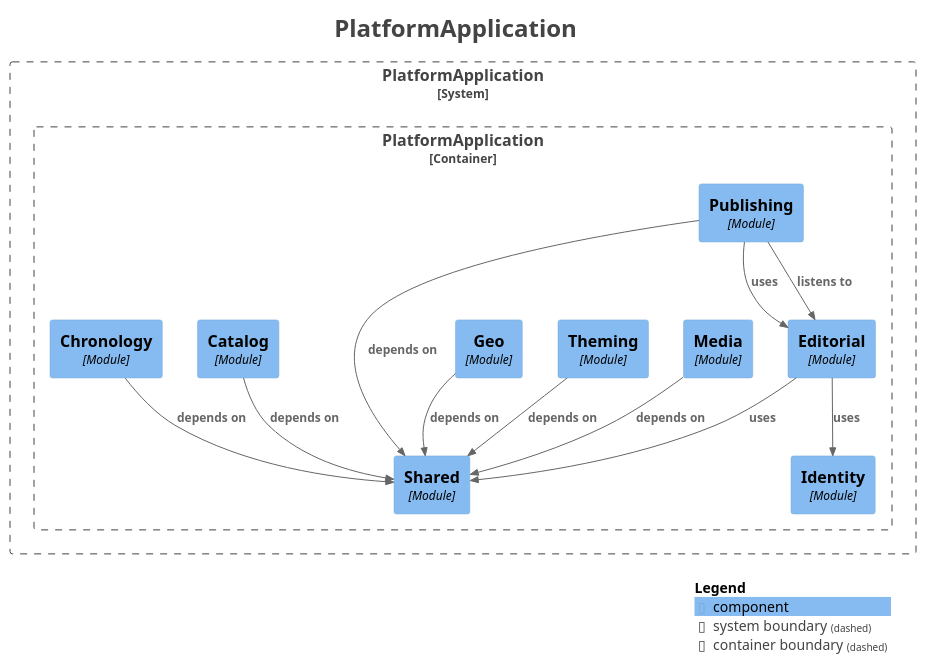
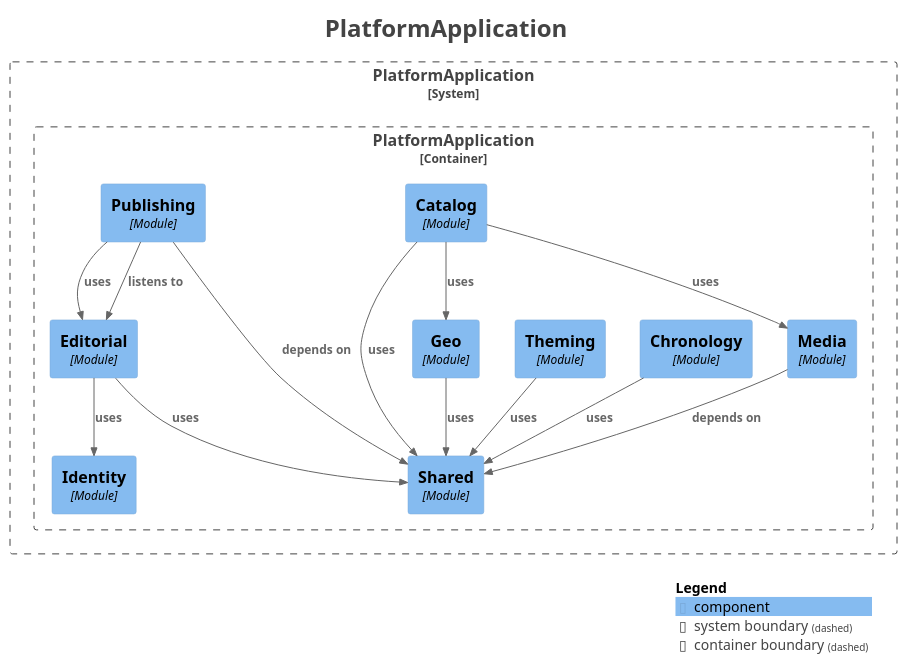
One commit to Asiman77/HistoryAsAGame changed the diagram in docs/modules/components.puml. Above: the diagram before and after it, drawn with PlantUML. The commit also changed 16 other files, not shown here.

```diff
--- a/docs/modules/components.puml
+++ b/docs/modules/components.puml
@@ -1,46 +1,48 @@
 @startuml
 title <size:24>PlatformApplication</size>
 
 set separator none
 top to bottom direction
 
 <style>
   root {
     BackgroundColor: #ffffff
     FontColor: #444444
   }
 </style>
 
 !include <C4/C4>
 !include <C4/C4_Context>
 !include <C4/C4_Component>
 
 System_Boundary("PlatformApplication_boundary", "PlatformApplication", $tags="") {
   Container_Boundary("PlatformApplication.PlatformApplication_boundary", "PlatformApplication", $tags="") {
-    Component(PlatformApplication.PlatformApplication.Media, "Media", $techn="Module", $descr="", $tags="", $link="")
     Component(PlatformApplication.PlatformApplication.Theming, "Theming", $techn="Module", $descr="", $tags="", $link="")
+    Component(PlatformApplication.PlatformApplication.Catalog, "Catalog", $techn="Module", $descr="", $tags="", $link="")
     Component(PlatformApplication.PlatformApplication.Publishing, "Publishing", $techn="Module", $descr="", $tags="", $link="")
     Component(PlatformApplication.PlatformApplication.Identity, "Identity", $techn="Module", $descr="", $tags="", $link="")
     Component(PlatformApplication.PlatformApplication.Shared, "Shared", $techn="Module", $descr="", $tags="", $link="")
-    Component(PlatformApplication.PlatformApplication.Catalog, "Catalog", $techn="Module", $descr="", $tags="", $link="")
     Component(PlatformApplication.PlatformApplication.Chronology, "Chronology", $techn="Module", $descr="", $tags="", $link="")
     Component(PlatformApplication.PlatformApplication.Editorial, "Editorial", $techn="Module", $descr="", $tags="", $link="")
     Component(PlatformApplication.PlatformApplication.Geo, "Geo", $techn="Module", $descr="", $tags="", $link="")
+    Component(PlatformApplication.PlatformApplication.Media, "Media", $techn="Module", $descr="", $tags="", $link="")
   }
 
 }
 
+Rel(PlatformApplication.PlatformApplication.Geo, PlatformApplication.PlatformApplication.Shared, "uses", $techn="", $tags="", $link="")
+Rel(PlatformApplication.PlatformApplication.Theming, PlatformApplication.PlatformApplication.Shared, "uses", $techn="", $tags="", $link="")
+Rel(PlatformApplication.PlatformApplication.Chronology, PlatformApplication.PlatformApplication.Shared, "uses", $techn="", $tags="", $link="")
+Rel(PlatformApplication.PlatformApplication.Media, PlatformApplication.PlatformApplication.Shared, "depends on", $techn="", $tags="", $link="")
 Rel(PlatformApplication.PlatformApplication.Editorial, PlatformApplication.PlatformApplication.Shared, "uses", $techn="", $tags="", $link="")
 Rel(PlatformApplication.PlatformApplication.Editorial, PlatformApplication.PlatformApplication.Identity, "uses", $techn="", $tags="", $link="")
-Rel(PlatformApplication.PlatformApplication.Catalog, PlatformApplication.PlatformApplication.Shared, "depends on", $techn="", $tags="", $link="")
-Rel(PlatformApplication.PlatformApplication.Theming, PlatformApplication.PlatformApplication.Shared, "depends on", $techn="", $tags="", $link="")
-Rel(PlatformApplication.PlatformApplication.Chronology, PlatformApplication.PlatformApplication.Shared, "depends on", $techn="", $tags="", $link="")
+Rel(PlatformApplication.PlatformApplication.Catalog, PlatformApplication.PlatformApplication.Shared, "uses", $techn="", $tags="", $link="")
+Rel(PlatformApplication.PlatformApplication.Catalog, PlatformApplication.PlatformApplication.Geo, "uses", $techn="", $tags="", $link="")
+Rel(PlatformApplication.PlatformApplication.Catalog, PlatformApplication.PlatformApplication.Media, "uses", $techn="", $tags="", $link="")
 Rel(PlatformApplication.PlatformApplication.Publishing, PlatformApplication.PlatformApplication.Editorial, "listens to", $techn="", $tags="", $link="")
 Rel(PlatformApplication.PlatformApplication.Publishing, PlatformApplication.PlatformApplication.Shared, "depends on", $techn="", $tags="", $link="")
 Rel(PlatformApplication.PlatformApplication.Publishing, PlatformApplication.PlatformApplication.Editorial, "uses", $techn="", $tags="", $link="")
-Rel(PlatformApplication.PlatformApplication.Media, PlatformApplication.PlatformApplication.Shared, "depends on", $techn="", $tags="", $link="")
-Rel(PlatformApplication.PlatformApplication.Geo, PlatformApplication.PlatformApplication.Shared, "depends on", $techn="", $tags="", $link="")
 
 SHOW_LEGEND(true)
 hide stereotypes
 @enduml
```
